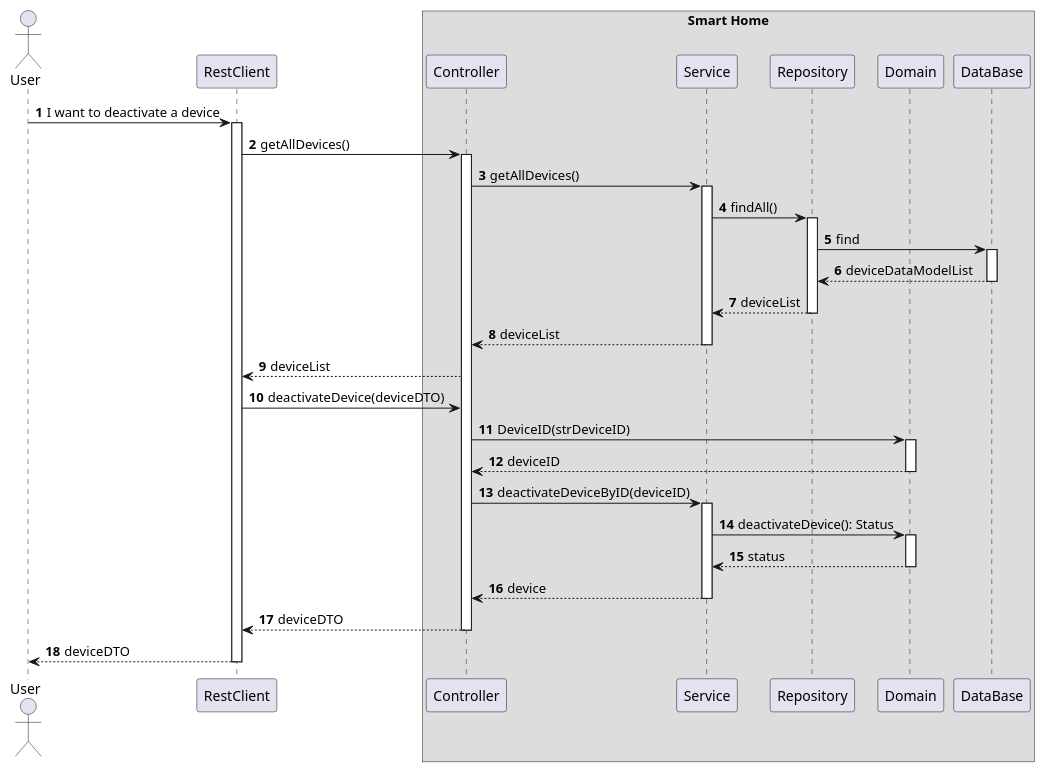
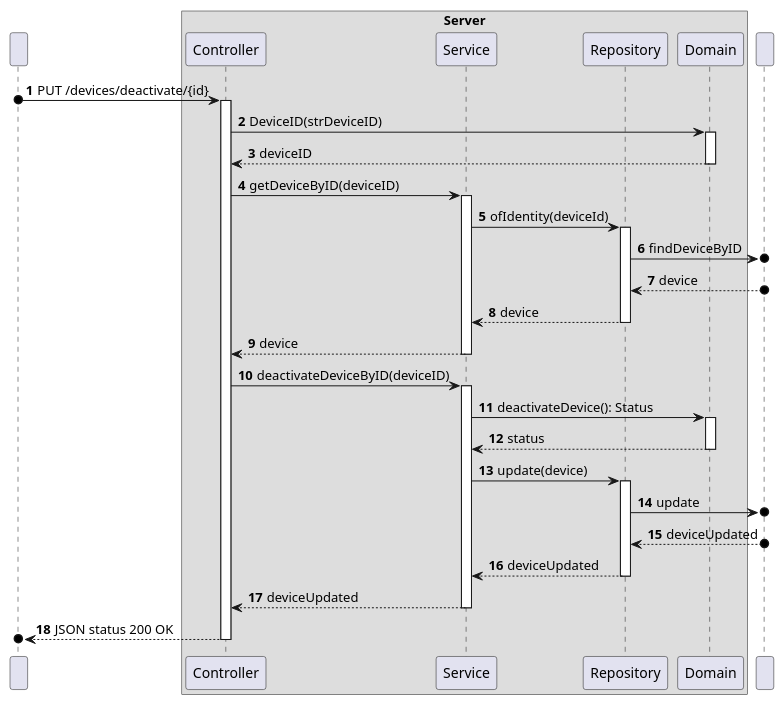
The diagram in docs/ooa/C4_4plus1_models/Level3/ProcessView/ProcessViewLevel3_UC08.puml (olivDiogo/SmartHome), drawn with PlantUML before and after one commit. The commit also changed 3 other files, not shown here.

Commit message:
#518 fix: update UC08 ProcessViewLevel2_UC08.puml and ProcessViewLevel3_UC08.puml diagrams

```diff
--- a/docs/ooa/C4_4plus1_models/Level3/ProcessView/ProcessViewLevel3_UC08.puml
+++ b/docs/ooa/C4_4plus1_models/Level3/ProcessView/ProcessViewLevel3_UC08.puml
@@ -1,70 +1,66 @@
 @startuml
 'https://plantuml.com/sequence-diagram
 !pragma layout smetana
 
 autonumber
 
-actor "User" as User
-participant "RestClient" as RC
-box "Smart Home"
+participant " " as HTTP
+
+box "Server"
     participant "Controller" as CTRL
         participant "Service" as SV
         participant "Repository" as REPO
         participant "Domain" as DOM
-        participant "DataBase" as BD
 end box
+participant " " as BD
 
 
 
-User -> RC : I want to deactivate a device
-activate RC
-
-RC -> CTRL : getAllDevices()
+HTTP o-> CTRL : PUT /devices/deactivate/{id}
 activate CTRL
 
-CTRL -> SV : getAllDevices()
+CTRL -> DOM: DeviceID(strDeviceID)
+activate DOM
+
+DOM --> CTRL : deviceID
+deactivate DOM
+
+CTRL -> SV : getDeviceByID(deviceID)
 activate SV
 
-SV -> REPO : findAll()
+SV -> REPO : ofIdentity(deviceId)
 activate REPO
-
-REPO -> BD : find
-activate BD
-
-BD --> REPO : deviceDataModelList
-deactivate BD
-
-REPO --> SV : deviceList
+REPO ->o BD : findDeviceByID
+BD o--> REPO : device
+REPO --> SV : device
 deactivate REPO
 
-SV --> CTRL : deviceList
+SV --> CTRL : device
 deactivate SV
 
-CTRL --> RC : deviceList
-
-RC -> CTRL : deactivateDevice(deviceDTO)
-
-CTRL -> DOM : DeviceID(strDeviceID)
-activate DOM
-DOM --> CTRL : deviceID
-deactivate DOM
 
 CTRL -> SV : deactivateDeviceByID(deviceID)
 activate SV
 
+
 SV -> DOM : deactivateDevice(): Status
 activate DOM
-
 DOM --> SV : status
 deactivate DOM
 
-SV --> CTRL : device
+SV -> REPO : update(device)
+activate REPO
+
+REPO ->o BD : update
+BD o--> REPO : deviceUpdated
+REPO --> SV : deviceUpdated
+deactivate REPO
+
+SV --> CTRL : deviceUpdated
 deactivate SV
 
-CTRL --> RC : deviceDTO
+CTRL -->o HTTP : JSON status 200 OK
 deactivate CTRL
 
-RC --> User : deviceDTO
-deactivate RC
 
 @enduml
```
